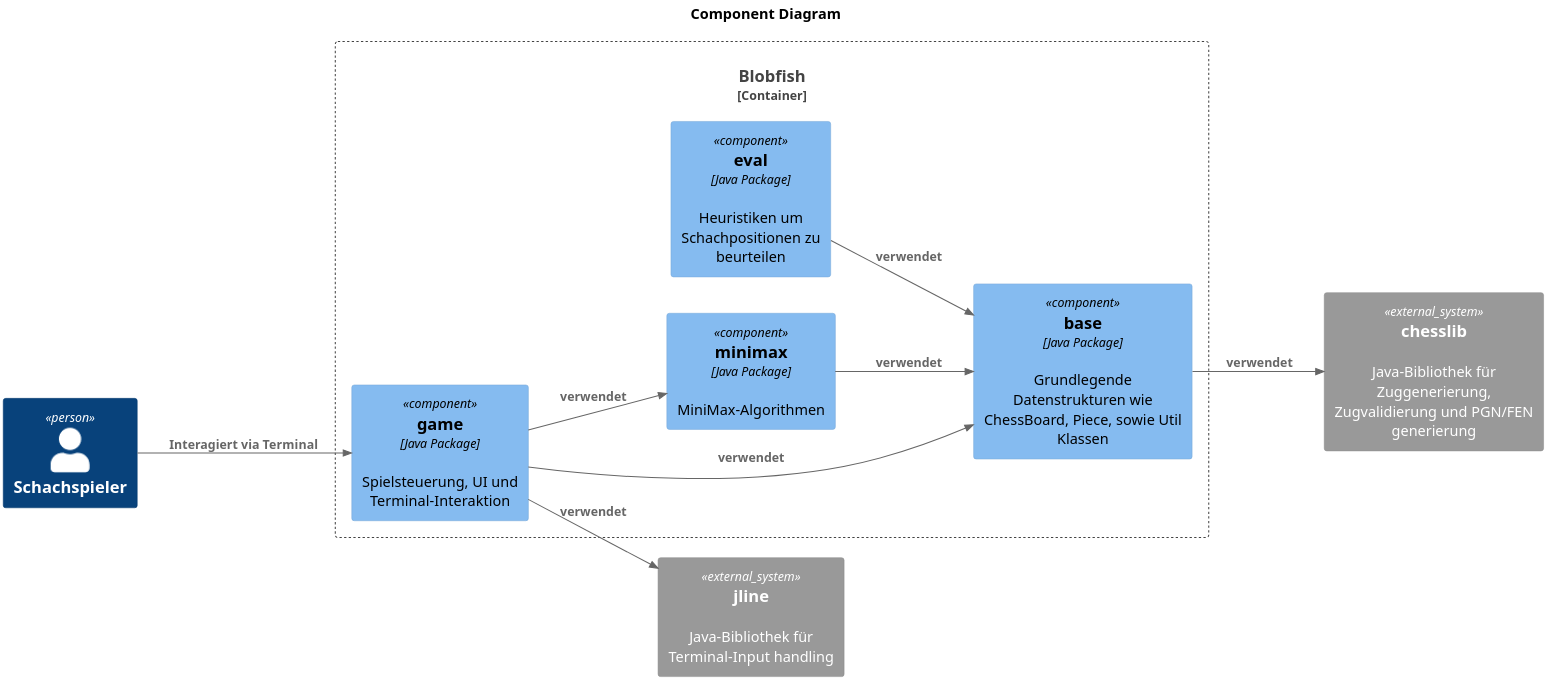
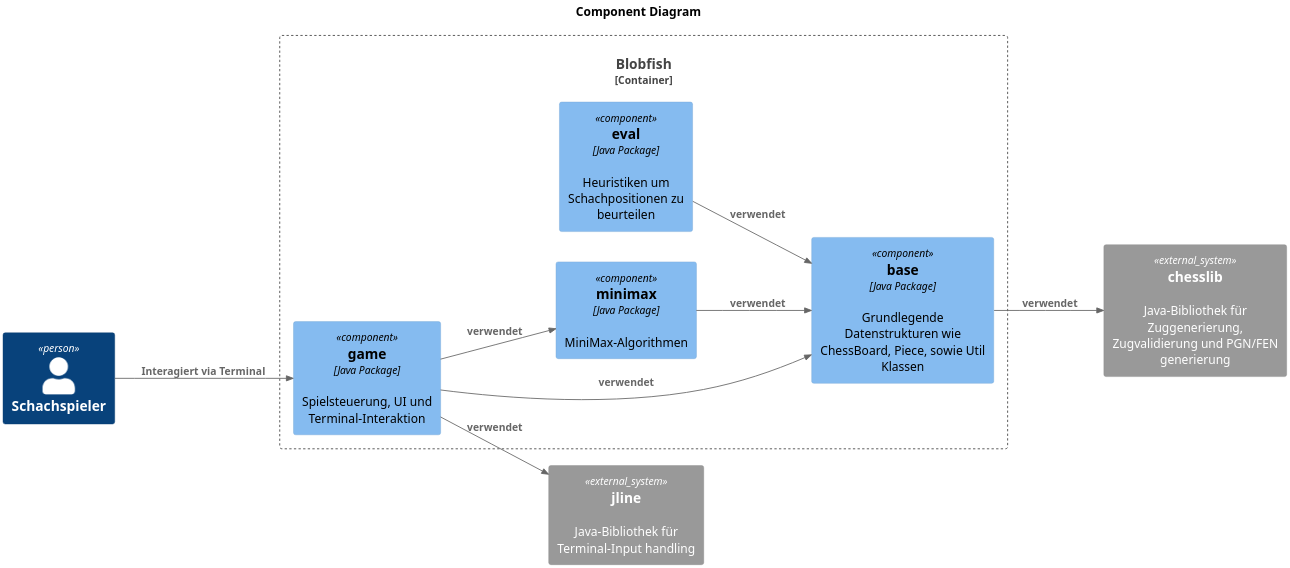
Before and after one commit to l2c0r3/blobfish: the diagram in docs/plantuml/softwarearchitektur/c4-component.puml, drawn with PlantUML. The commit also changed 2 other files, not shown here.

Commit message:
smaller graphics

```diff
--- a/docs/plantuml/softwarearchitektur/c4-component.puml
+++ b/docs/plantuml/softwarearchitektur/c4-component.puml
@@ -1,34 +1,34 @@
 @startuml
 !include <C4/C4_Component>
-skinparam dpi 300
+skinparam dpi 250
 
 LAYOUT_LEFT_RIGHT()
 
 title Component Diagram
 
 Person(player, "Schachspieler")
 
 Container_Boundary(cli, "Blobfish") {
     Component(base, "base", "Java Package", "Grundlegende Datenstrukturen wie ChessBoard, Piece, sowie Util Klassen")
     Component(eval, "eval", "Java Package", "Heuristiken um Schachpositionen zu beurteilen")
     Component(game, "game", "Java Package", "Spielsteuerung, UI und Terminal-Interaktion")
     Component(minimax, "minimax", "Java Package", "MiniMax-Algorithmen")
 }
 
 System_Ext(chesslib, "chesslib", "Java-Bibliothek für Zuggenerierung, Zugvalidierung und PGN/FEN generierung")
 System_Ext(jline, "jline", "Java-Bibliothek für Terminal-Input handling")
 
 Rel(base, chesslib, "verwendet")
 
 Rel(eval, base, "verwendet")
 
 Rel(game, base, "verwendet")
 Rel(game, minimax, "verwendet")
 Rel(game, jline, "verwendet")
 
 Rel(minimax, base, "verwendet")
 
 Rel(player, game, "Interagiert via Terminal")
 
 
 @enduml
```
